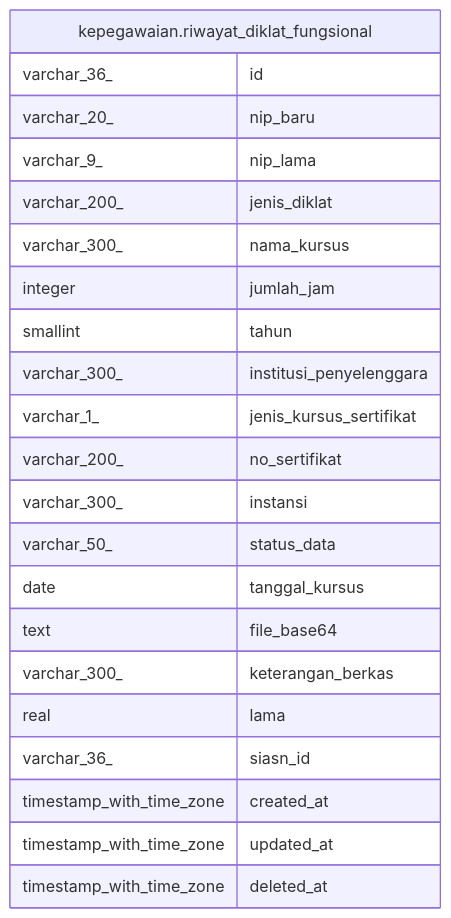
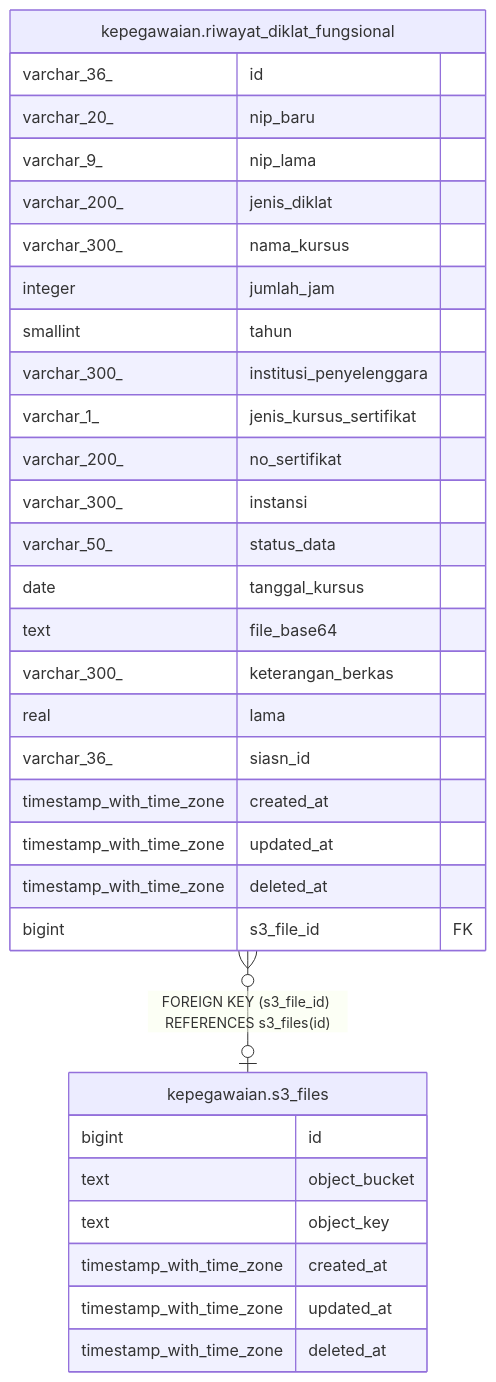
One commit to nandanugg/triforce.nvim changed the diagram in services/kepegawaian/docs/db/kepegawaian.riwayat_diklat_fungsional.md. Above: the diagram before and after it, drawn with Mermaid. The commit also changed other lines of this file and 41 other files, not shown here.

````diff
--- a/services/kepegawaian/docs/db/kepegawaian.riwayat_diklat_fungsional.md
+++ b/services/kepegawaian/docs/db/kepegawaian.riwayat_diklat_fungsional.md
@@ -46,27 +48,37 @@
 ```mermaid
 erDiagram
 
+"kepegawaian.riwayat_diklat_fungsional" }o--o| "kepegawaian.s3_files" : "FOREIGN KEY (s3_file_id) REFERENCES s3_files(id)"
 
 "kepegawaian.riwayat_diklat_fungsional" {
   varchar_36_ id
   varchar_20_ nip_baru
   varchar_9_ nip_lama
   varchar_200_ jenis_diklat
   varchar_300_ nama_kursus
   integer jumlah_jam
   smallint tahun
   varchar_300_ institusi_penyelenggara
   varchar_1_ jenis_kursus_sertifikat
   varchar_200_ no_sertifikat
   varchar_300_ instansi
   varchar_50_ status_data
   date tanggal_kursus
   text file_base64
   varchar_300_ keterangan_berkas
   real lama
   varchar_36_ siasn_id
   timestamp_with_time_zone created_at
   timestamp_with_time_zone updated_at
   timestamp_with_time_zone deleted_at
+  bigint s3_file_id FK
+}
+"kepegawaian.s3_files" {
+  bigint id
+  text object_bucket
+  text object_key
+  timestamp_with_time_zone created_at
+  timestamp_with_time_zone updated_at
+  timestamp_with_time_zone deleted_at
 }
 ```
````
